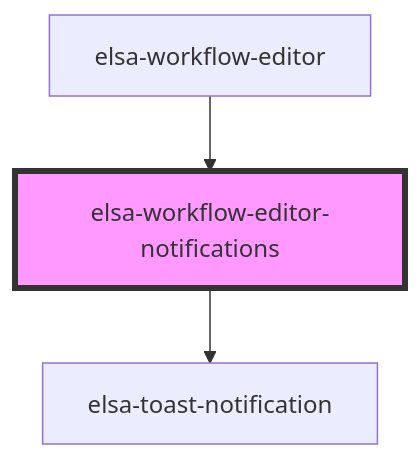
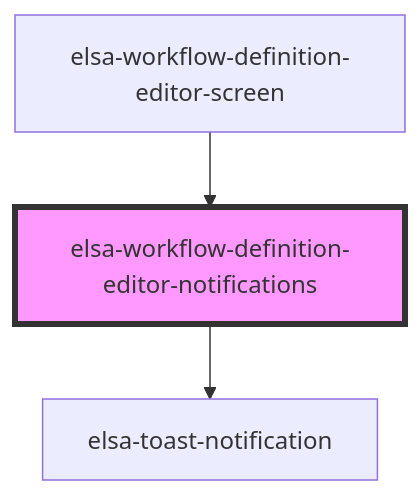
One commit to elsa-workflows/elsa-core changed the diagram in src/designer/elsa-workflows-studio/src/components/screens/workflow-definition-editor/elsa-workflow-definition-editor-notifications/readme.md. Above: the diagram before and after it, drawn with Mermaid. The commit also changed other lines of this file and 32 other files, not shown here.

````diff
--- a/src/designer/elsa-workflows-studio/src/components/screens/workflow-definition-editor/elsa-workflow-definition-editor-notifications/readme.md
+++ b/src/designer/elsa-workflows-studio/src/components/screens/workflow-definition-editor/elsa-workflow-definition-editor-notifications/readme.md
@@ -19,6 +19,6 @@
 ```mermaid
 graph TD;
-  elsa-workflow-editor-notifications --> elsa-toast-notification
-  elsa-workflow-editor --> elsa-workflow-editor-notifications
-  style elsa-workflow-editor-notifications fill:#f9f,stroke:#333,stroke-width:4px
+  elsa-workflow-definition-editor-notifications --> elsa-toast-notification
+  elsa-workflow-definition-editor-screen --> elsa-workflow-definition-editor-notifications
+  style elsa-workflow-definition-editor-notifications fill:#f9f,stroke:#333,stroke-width:4px
 ```
````
